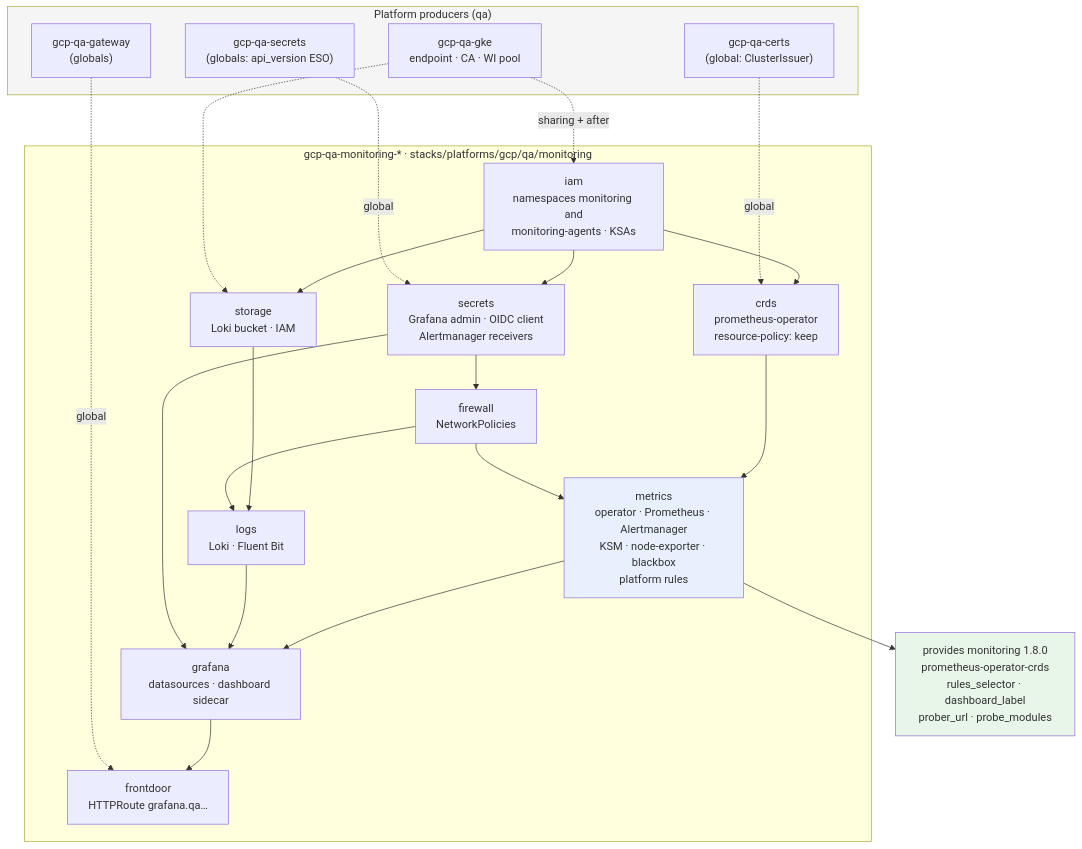
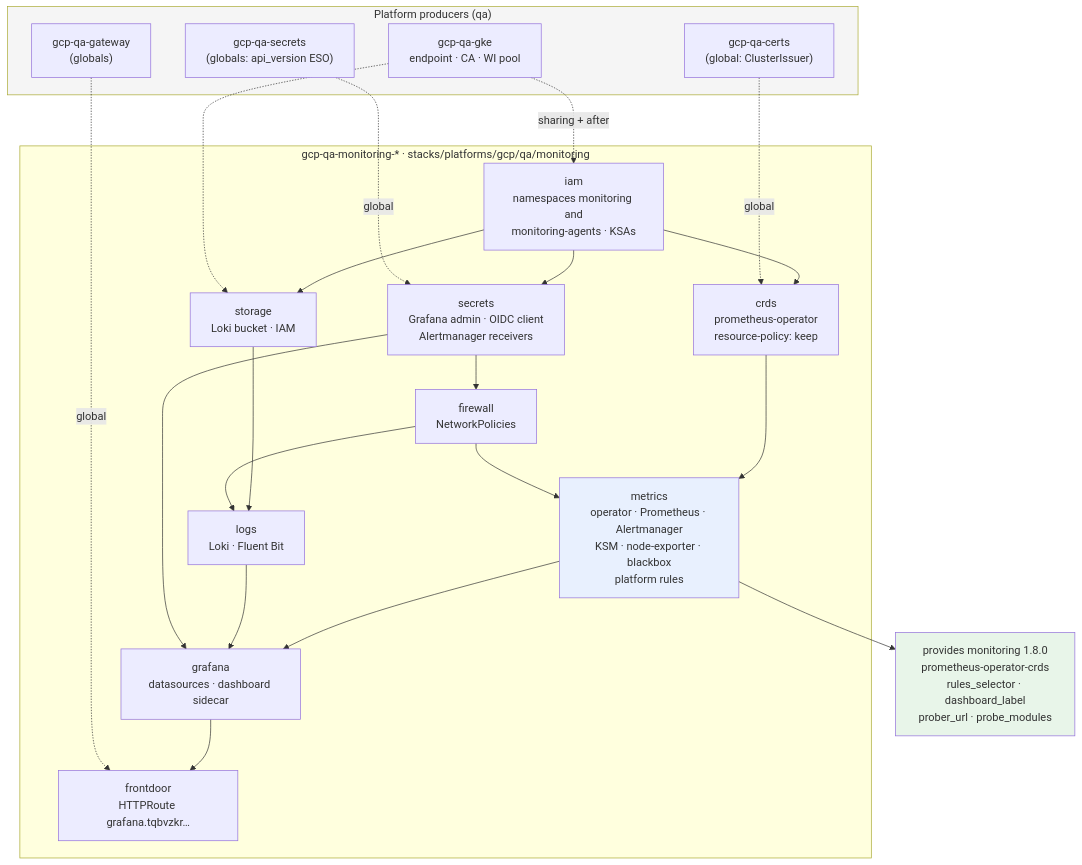
Before and after one commit to aescanero/proposal_documents: the diagram in docs/en/proposals/monitoring-qa/diagrams/02-stacks-arquetipo.mmd, drawn with Mermaid. The commit also changed 142 other files, not shown here.

```diff
--- a/docs/en/proposals/monitoring-qa/diagrams/02-stacks-arquetipo.mmd
+++ b/docs/en/proposals/monitoring-qa/diagrams/02-stacks-arquetipo.mmd
@@ -1,42 +1,42 @@
 flowchart TB
     subgraph PLAT["Platform producers (qa)"]
         GKE["gcp-qa-gke<br/>endpoint · CA · WI pool"]
         SEC["gcp-qa-secrets<br/>(globals: api_version ESO)"]
         GW["gcp-qa-gateway<br/>(globals)"]
         CRT["gcp-qa-certs<br/>(global: ClusterIssuer)"]
     end
 
     subgraph INST["gcp-qa-monitoring-* · stacks/platforms/gcp/qa/monitoring"]
         IAM["iam<br/>namespaces monitoring and<br/>monitoring-agents · KSAs"]
         S["secrets<br/>Grafana admin · OIDC client<br/>Alertmanager receivers"]
         ST["storage<br/>Loki bucket · IAM"]
         FW["firewall<br/>NetworkPolicies"]
         CRD["crds<br/>prometheus-operator<br/>resource-policy: keep"]
         MET["metrics<br/>operator · Prometheus · Alertmanager<br/>KSM · node-exporter · blackbox<br/>platform rules"]
         LOG["logs<br/>Loki · Fluent Bit"]
         GRA["grafana<br/>datasources · dashboard sidecar"]
-        FD["frontdoor<br/>HTTPRoute grafana.qa…"]
+        FD["frontdoor<br/>HTTPRoute grafana.tqbvzkr…"]
     end
 
     IAM --> S --> FW
     IAM --> ST --> LOG
     IAM --> CRD --> MET
     FW --> MET
     FW --> LOG
     MET --> GRA
     LOG --> GRA
     S --> GRA
     GRA --> FD
 
     GKE -. "sharing + after" .-> IAM
     GKE -.-> ST
     SEC -. "global" .-> S
     CRT -. "global" .-> CRD
     GW -. "global" .-> FD
 
     OUT["provides monitoring 1.8.0<br/>prometheus-operator-crds<br/>rules_selector · dashboard_label<br/>prober_url · probe_modules"]
     MET --> OUT
 
     style MET fill:#e8f0fe
     style OUT fill:#e8f5e9
     style PLAT fill:#f5f5f5
```
